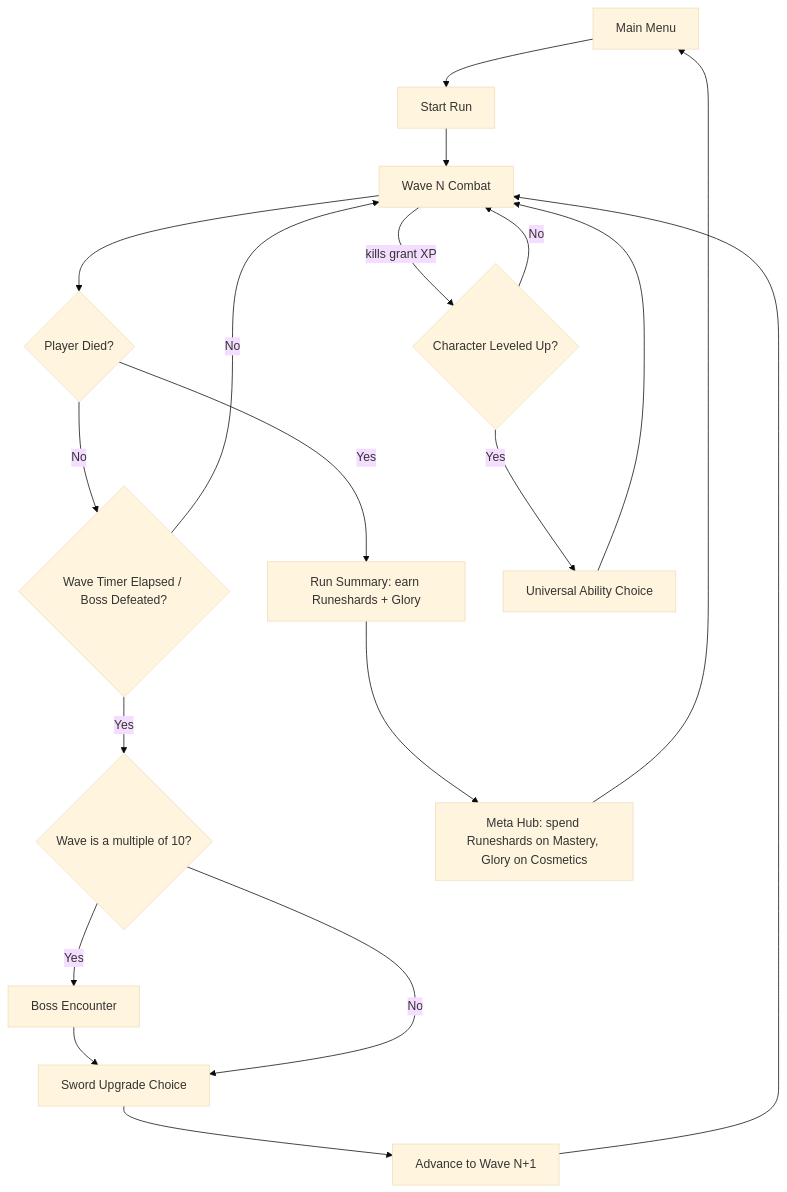
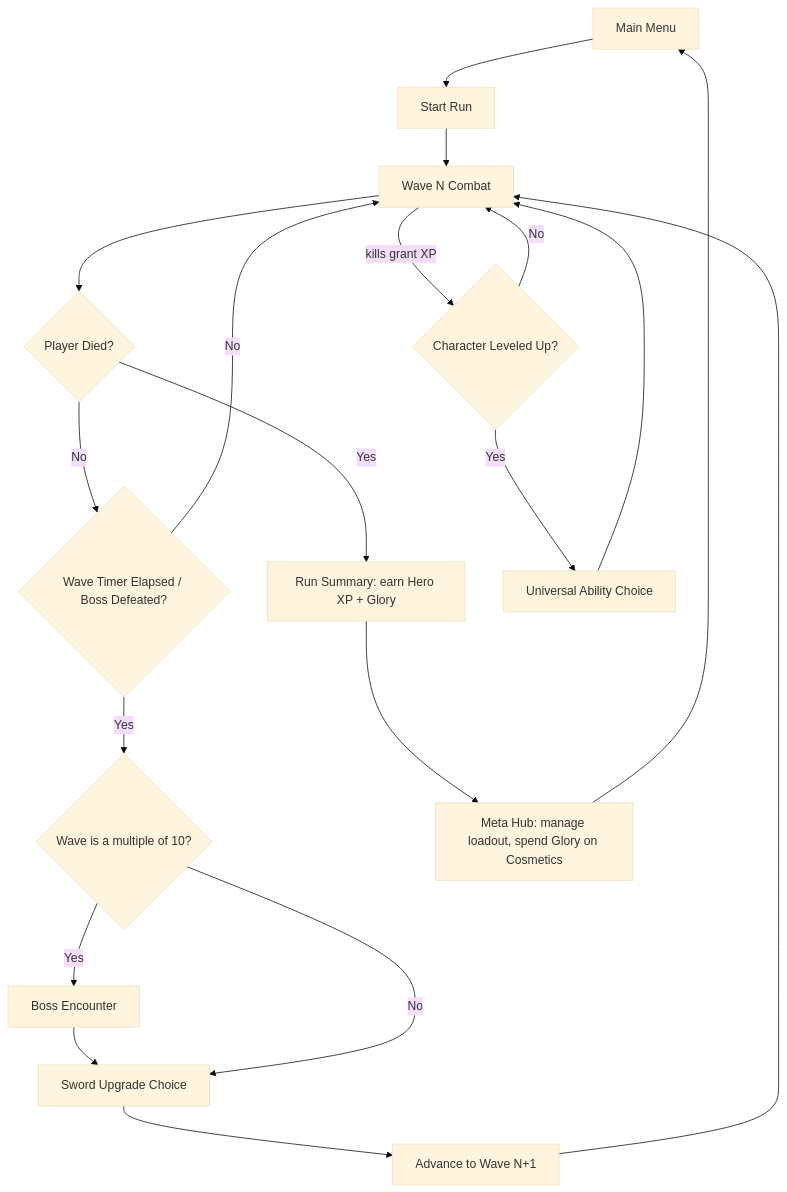
The first of 2 diagrams in docs/architecture.md (jamesdileva/OVERSIZED), drawn with Mermaid (base theme) before and after one commit. The commit also changed other lines of this file and 4 other files, not shown here.

````diff
--- a/docs/architecture.md
+++ b/docs/architecture.md
@@ -43,21 +43,21 @@
 ```mermaid
 flowchart TD
     Menu[Main Menu] --> Start[Start Run]
     Start --> Wave[Wave N Combat]
     Wave --> Died{Player Died?}
-    Died -- Yes --> Summary[Run Summary: earn Runeshards + Glory]
+    Died -- Yes --> Summary[Run Summary: earn Hero XP + Glory]
     Died -- No --> Cleared{Wave Timer Elapsed / Boss Defeated?}
     Cleared -- No --> Wave
     Cleared -- Yes --> IsBoss{Wave is a multiple of 10?}
     IsBoss -- Yes --> Boss[Boss Encounter]
     Boss --> SwordPick[Sword Upgrade Choice]
     IsBoss -- No --> SwordPick
     SwordPick --> NextWave[Advance to Wave N+1]
     NextWave --> Wave
     Wave -- kills grant XP --> LevelCheck{Character Leveled Up?}
     LevelCheck -- Yes --> AbilityPick[Universal Ability Choice]
     AbilityPick --> Wave
     LevelCheck -- No --> Wave
-    Summary --> Hub[Meta Hub: spend Runeshards on Mastery, Glory on Cosmetics]
+    Summary --> Hub[Meta Hub: manage loadout, spend Glory on Cosmetics]
     Hub --> Menu
 ```
````
